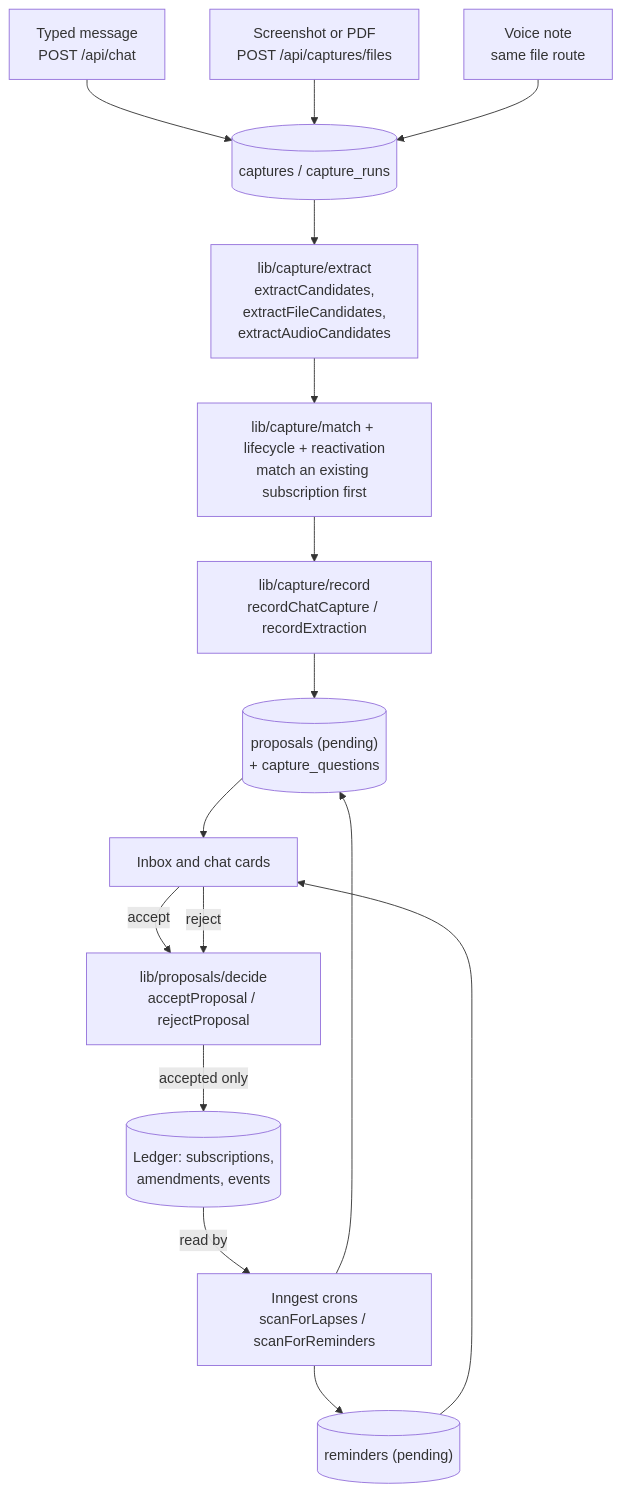
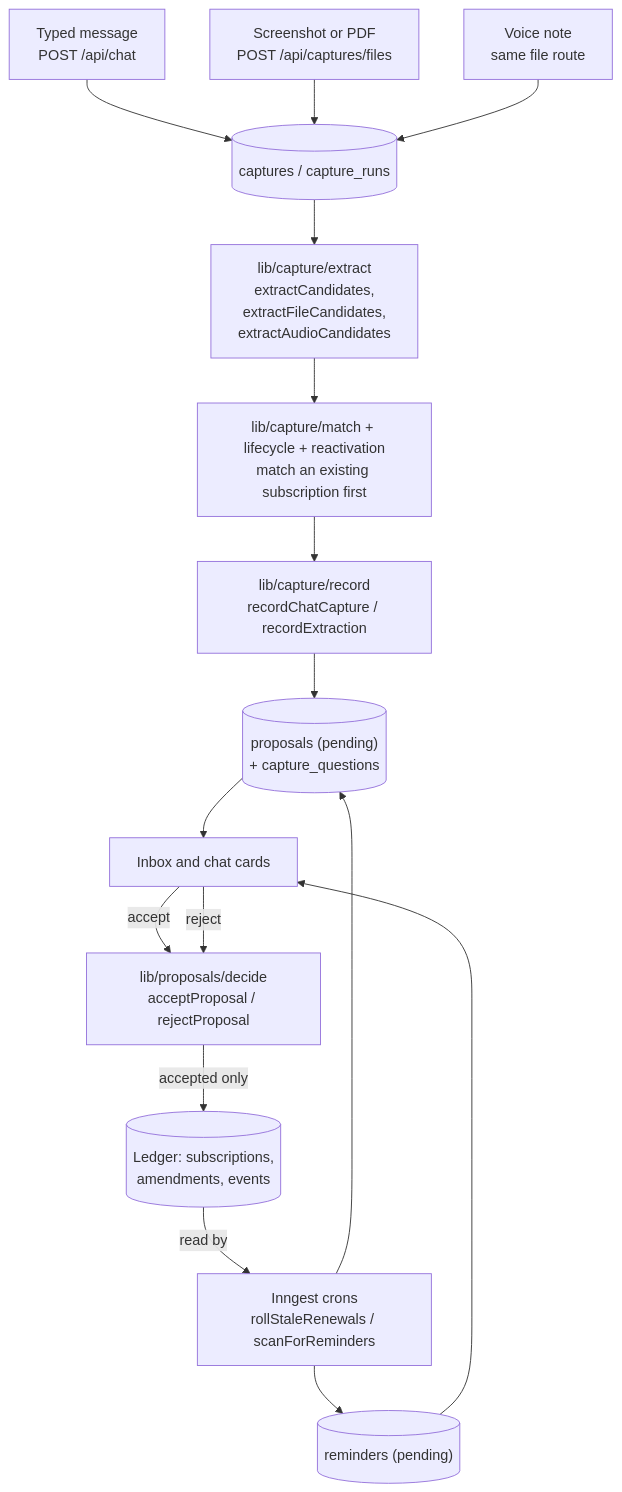
One commit to bhaveshbusa/subscription-records changed the second of 4 diagrams in docs/architecture.md. Above: the diagram before and after it, drawn with Mermaid. The commit also changed other lines of this file and 17 other files, not shown here.

First line of the commit message:
SUB-27: Rename lapse-scan to roll-stale-renewal.

````diff
--- a/docs/architecture.md
+++ b/docs/architecture.md
@@ -67,34 +68,34 @@
 ```mermaid
 flowchart TD
   msg["Typed message<br/>POST /api/chat"]
   file["Screenshot or PDF<br/>POST /api/captures/files"]
   voice["Voice note<br/>same file route"]
 
   captures[("captures / capture_runs")]
   extract["lib/capture/extract<br/>extractCandidates,<br/>extractFileCandidates,<br/>extractAudioCandidates"]
   match["lib/capture/match + lifecycle + reactivation<br/>match an existing subscription first"]
   record["lib/capture/record<br/>recordChatCapture / recordExtraction"]
   proposals[("proposals (pending)<br/>+ capture_questions")]
   inbox["Inbox and chat cards"]
   decide["lib/proposals/decide<br/>acceptProposal / rejectProposal"]
   ledger[("Ledger: subscriptions,<br/>amendments, events")]
 
-  scan["Inngest crons<br/>scanForLapses / scanForReminders"]
+  scan["Inngest crons<br/>rollStaleRenewals / scanForReminders"]
   reminders[("reminders (pending)")]
 
   msg --> captures
   file --> captures
   voice --> captures
   captures --> extract
   extract --> match
   match --> record
   record --> proposals
   proposals --> inbox
   inbox -- accept --> decide
   inbox -- reject --> decide
   decide -- "accepted only" --> ledger
   scan --> proposals
   scan --> reminders
   reminders --> inbox
   ledger -- "read by" --> scan
 ```
````
